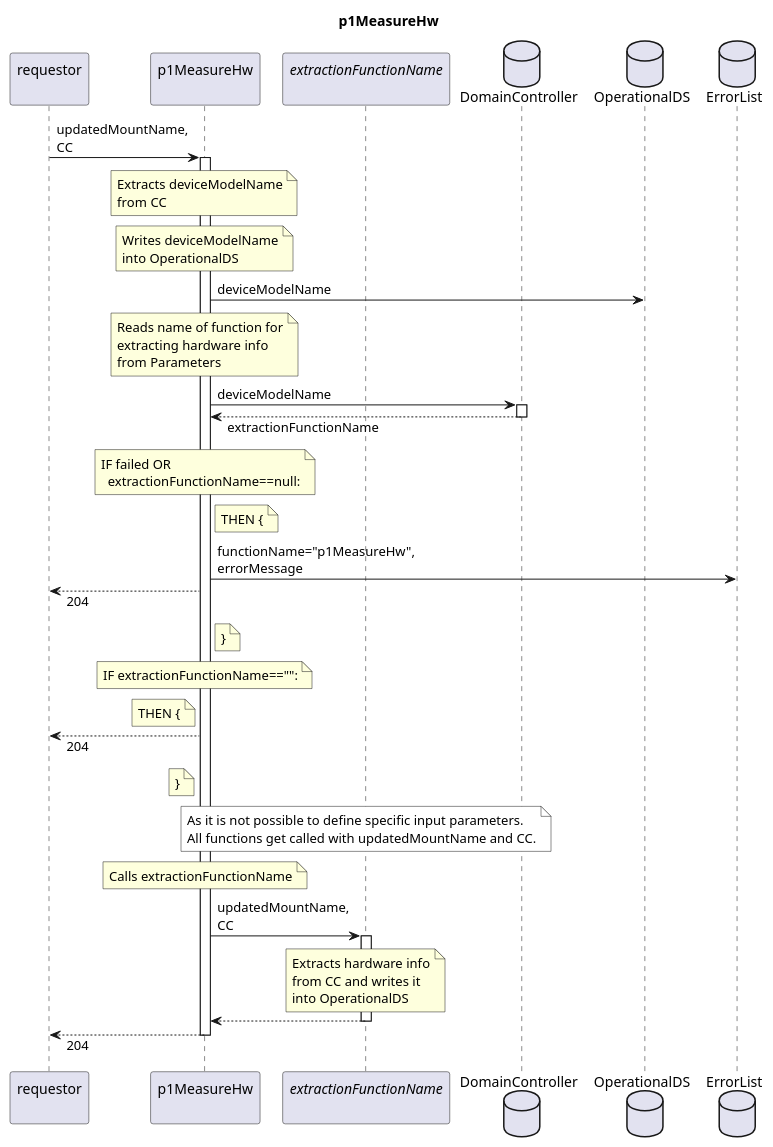
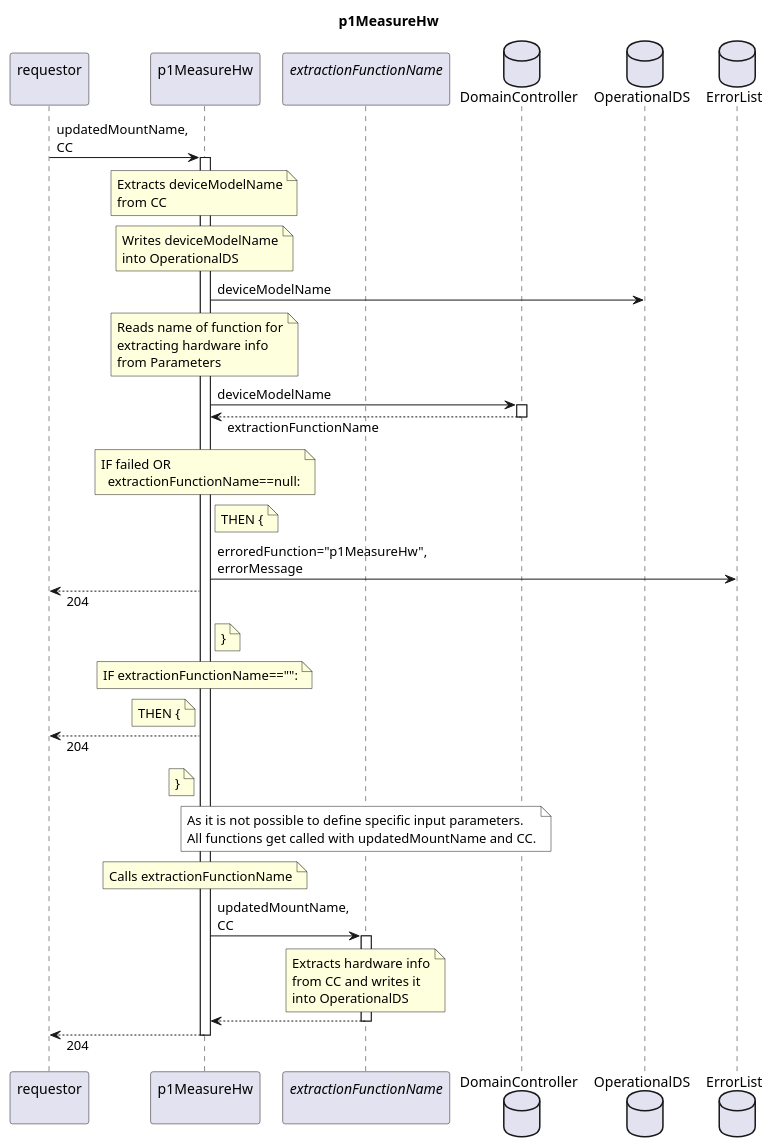
One commit to openBackhaul/FirmWareManager changed the diagram in spec/Functions/Measurement/p1MeasureHw/1.0.0/p1MeasureHw.plantuml. Above: the diagram before and after it, drawn with PlantUML. The commit also changed 28 other files, not shown here.

```diff
--- a/spec/Functions/Measurement/p1MeasureHw/1.0.0/p1MeasureHw.plantuml
+++ b/spec/Functions/Measurement/p1MeasureHw/1.0.0/p1MeasureHw.plantuml
@@ -1,82 +1,82 @@
 @startuml p1MeasureHw
 skinparam responseMessageBelowArrow true
 
 title
   p1MeasureHw
 end title
 
 participant "requestor\n" as requestor
 participant "p1MeasureHw\n" as indServ
 participant "<i>extractionFunctionName</i>\n" as extrFunc
 
 database "DomainController" as DC
 database "OperationalDS" as OpDS
 database "ErrorList" as hEL
 
 requestor -> indServ: updatedMountName,\nCC
 activate indServ
 
   note over indServ
     Extracts deviceModelName
     from CC
   end note
   note over indServ
     Writes deviceModelName
     into OperationalDS
   end note
   indServ -> OpDS: deviceModelName
 
   note over indServ
     Reads name of function for
     extracting hardware info
     from Parameters
   end note
   indServ -> DC: deviceModelName
   activate DC
   indServ <-- DC: extractionFunctionName
   deactivate DC
   note over indServ
     IF failed OR 
       extractionFunctionName==null:
   end note
   note right indServ
     THEN {
   end note
-  indServ -> hEL: functionName="p1MeasureHw",\nerrorMessage
+  indServ -> hEL: erroredFunction="p1MeasureHw",\nerrorMessage
   requestor <-- indServ: 204
   note right indServ
     }
   end note
   note over indServ
     IF extractionFunctionName=="":
   end note
   note left indServ
     THEN {
   end note
   requestor <-- indServ: 204
   note left indServ
     }
   end note
 
   note over extrFunc #White
     As it is not possible to define specific input parameters.
     All functions get called with updatedMountName and CC.
   end note
 
   note over indServ
     Calls extractionFunctionName
   end note
   indServ -> extrFunc: updatedMountName,\nCC
   activate extrFunc
     note over extrFunc
       Extracts hardware info
       from CC and writes it
       into OperationalDS
     end note
   indServ <-- extrFunc
   deactivate extrFunc
 
 requestor <-- indServ: 204
 deactivate indServ
 
 @enduml
```
